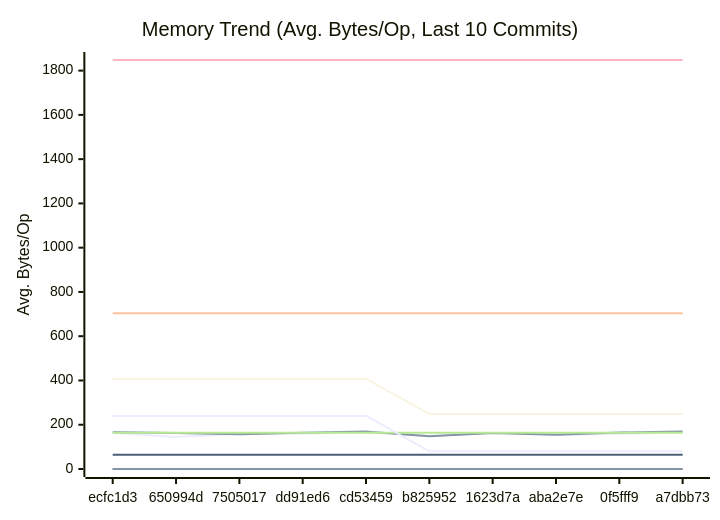
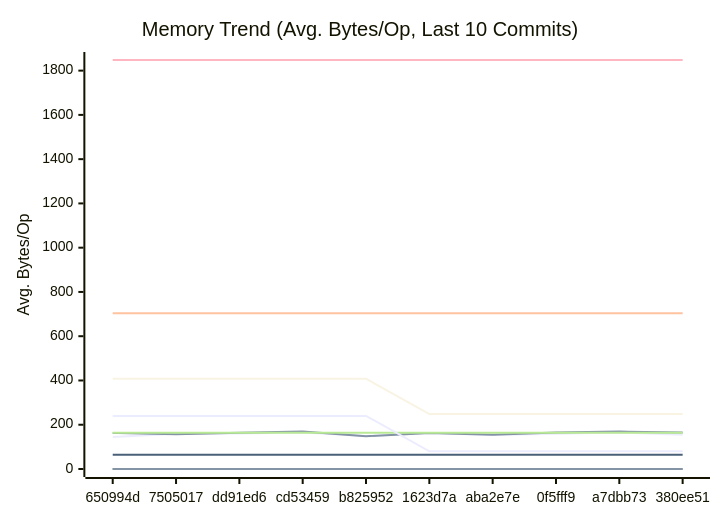
The second of 3 diagrams in docs/PERFORMANCE.md (alsotoes/momo), drawn with Mermaid before and after one commit. The commit also changed other lines of this file and 11 other files, not shown here.

````diff
--- a/docs/PERFORMANCE.md
+++ b/docs/PERFORMANCE.md
@@ -171,20 +171,20 @@
 ```mermaid
 xychart-beta
     title "Memory Trend (Avg. Bytes/Op, Last 10 Commits)"
     x-axis "Commit"
     y-axis "Avg. Bytes/Op"
-    x-axis [ecfc1d3,650994d,7505017,dd91ed6,cd53459,b825952,1623d7a,aba2e7e,0f5fff9,a7dbb73]
-    line "AWSChunkedReaderSigned" [163,145,159,160,165,149,163,154,159,165]
-    line "AWSChunkedReaderUnsigned" [166,163,157,164,169,148,163,155,165,169]
+    x-axis [650994d,7505017,dd91ed6,cd53459,b825952,1623d7a,aba2e7e,0f5fff9,a7dbb73,380ee51]
+    line "AWSChunkedReaderSigned" [145,159,160,165,149,163,154,159,165,155]
+    line "AWSChunkedReaderUnsigned" [163,157,164,169,148,163,155,165,169,165]
     line "CheckMetricsAndSwap" [0,0,0,0,0,0,0,0,0,0]
     line "CrushOptimized" [0,0,0,0,0,0,0,0,0,0]
     line "CrushOriginal" [164,164,164,164,164,164,164,164,164,164]
     line "IndexDirectTracking" [0,0,0,0,0,0,0,0,0,0]
     line "IndexSearch" [0,0,0,0,0,0,0,0,0,0]
     line "LoadGlobalConfig" [1848,1848,1848,1848,1848,1848,1848,1848,1848,1848]
     line "PadString" [64,64,64,64,64,64,64,64,64,64]
     line "ParseReplicationOrder_NoPrealloc" [408,408,408,408,408,248,248,248,248,248]
     line "ParseReplicationOrder_Prealloc" [240,240,240,240,240,80,80,80,80,80]
     line "SanitizeLog/Safe" [0,0,0,0,0,0,0,0,0,0]
     line "SanitizeLog/Unsafe" [704,704,704,704,704,704,704,704,704,704]
 ```
````
